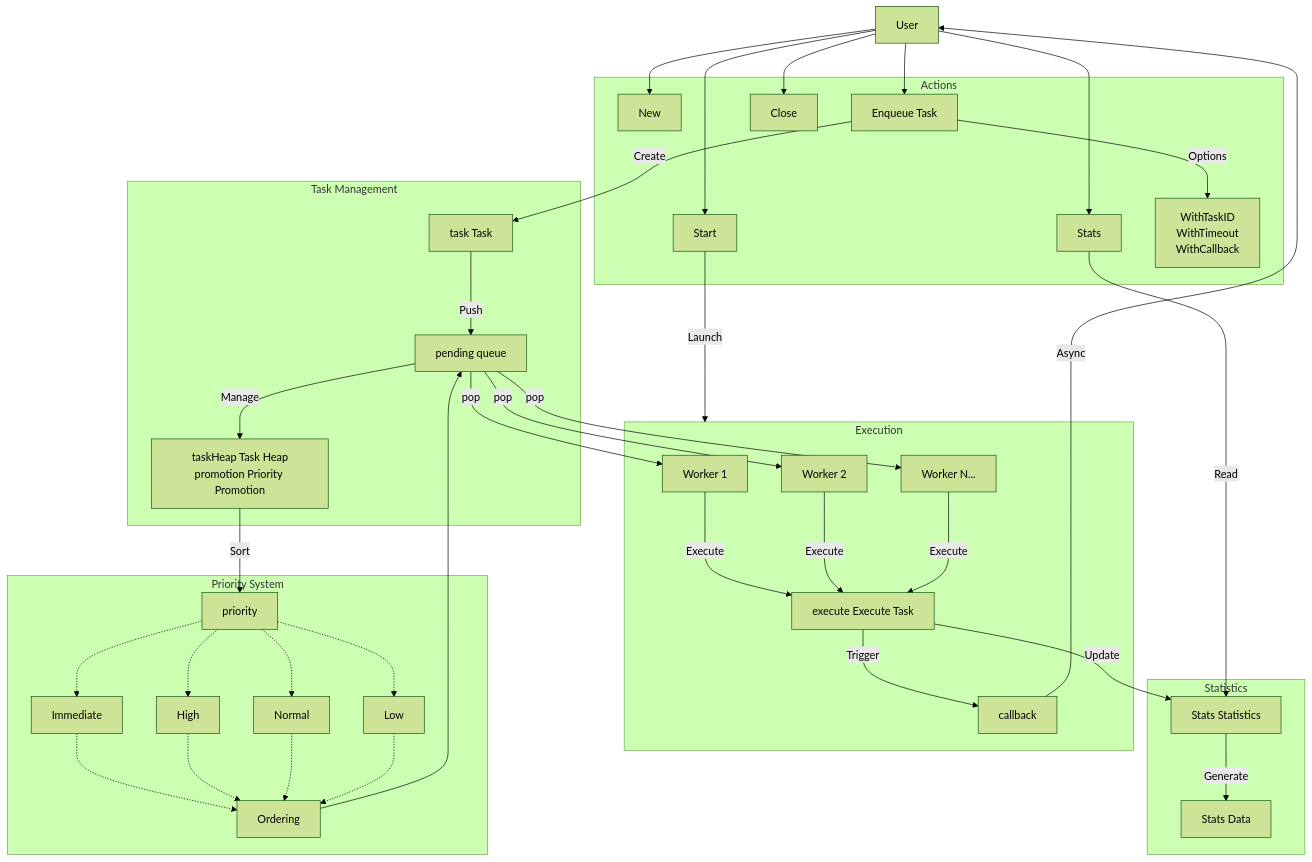
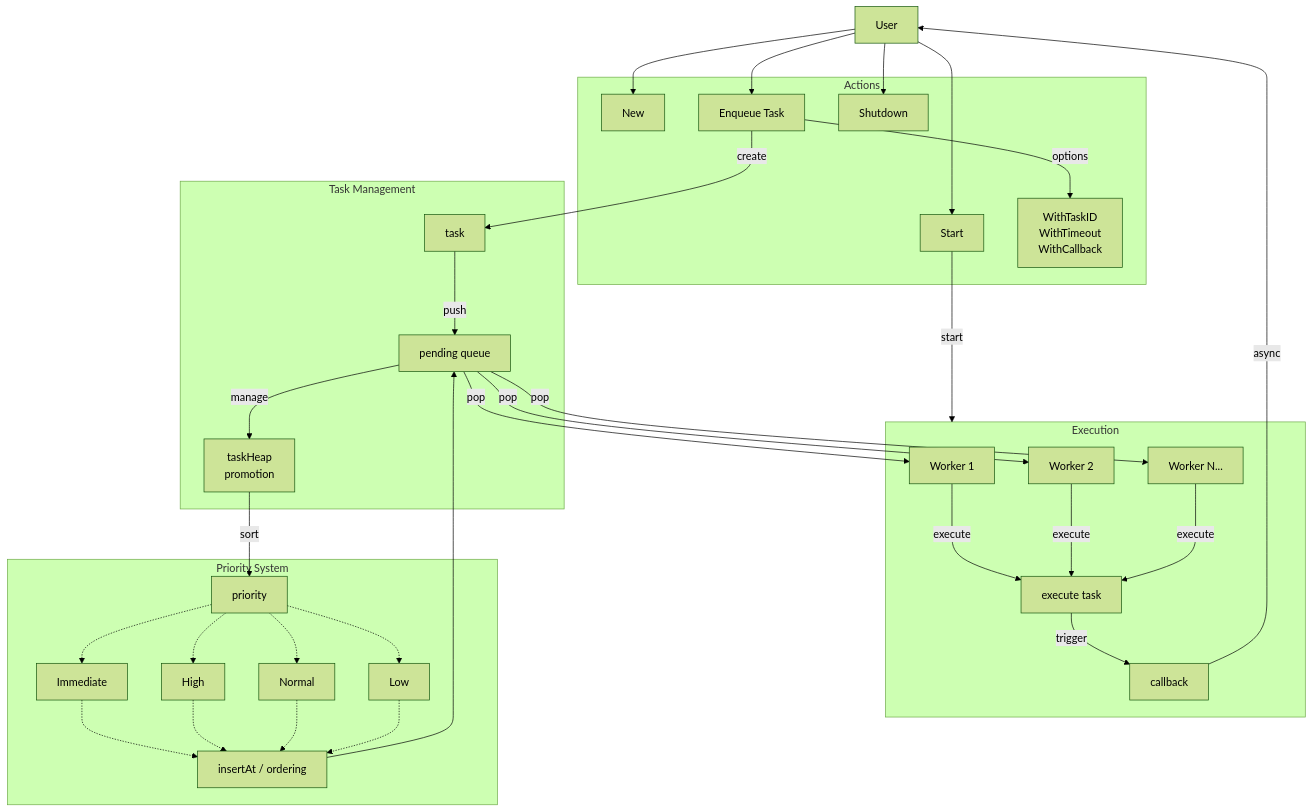
One commit to pardnchiu/go-queue changed the first of 2 diagrams in README.md. Above: the diagram before and after it, drawn with Mermaid (forest theme). The commit also changed other lines of this file and 5 other files, not shown here.

````diff
--- a/README.md
+++ b/README.md
@@ -3,59 +55,52 @@
   User[User]
 
   subgraph "Actions"
-    New[New]
-    Start[Start]
-    Enqueue[Enqueue Task]
-    Close[Close]
-    Stats[Stats]
-    Options[WithTaskID<br>WithTimeout<br>WithCallback]
+  New[New]
+  Start[Start]
+  Enqueue[Enqueue Task]
+  Close[Shutdown]
+  Options[WithTaskID<br>WithTimeout<br>WithCallback]
   end
 
   subgraph "Task Management"
-    Pending[pending queue]
-    TaskHeap[taskHeap Task Heap<br>promotion Priority Promotion]
-    Task[task Task]
+  Pending[pending queue]
+  TaskHeap[taskHeap<br>promotion]
+  Task[task]
   end
 
   subgraph "Execution"
-    Worker1[Worker 1]
-    Worker2[Worker 2]
-    WorkerN[Worker N...]
-    Execute[execute Execute Task]
-    Callback[callback]
+  Worker1[Worker 1]
+  Worker2[Worker 2]
+  WorkerN[Worker N...]
+  Execute[execute task]
+  Callback[callback]
   end
 
   subgraph "Priority System"
-    Priority[priority]
-    Immediate[Immediate]
-    High[High]
-    Normal[Normal]
-    Low[Low]
-    InsertAt[Ordering]
-  end
-
-  subgraph "Statistics"
-    AtomicStats[Stats Statistics]
-    StatsData[Stats Data]
+  Priority[priority]
+  Immediate[Immediate]
+  High[High]
+  Normal[Normal]
+  Low[Low]
+  InsertAt[insertAt / ordering]
   end
 
   User --> New
   User --> Start
   User --> Enqueue
   User --> Close
-  User --> Stats
 
-  Callback --> |Async| User
+  Callback --> |async| User
 
-  Start -->|Launch| Execution
+  Start -->|start| Execution
 
-  Enqueue -->|Options| Options
-  Enqueue -->|Create| Task
-  Task -->|Push| Pending
+  Enqueue -->|options| Options
+  Enqueue -->|create| Task
+  Task -->|push| Pending
   
-  Pending -->|Manage| TaskHeap
+  Pending -->|manage| TaskHeap
   InsertAt --> Pending
-  TaskHeap -->|Sort| Priority
+  TaskHeap -->|sort| Priority
 
   Priority -.-> Immediate
   Priority -.-> High
@@ -71,13 +116,9 @@
   Pending --> |pop| Worker2
   Pending --> |pop| WorkerN
 
-  Worker1 -->|Execute| Execute
-  Worker2 -->|Execute| Execute
-  WorkerN -->|Execute| Execute
+  Worker1 -->|execute| Execute
+  Worker2 -->|execute| Execute
+  WorkerN -->|execute| Execute
 
-  Execute -->|Update| AtomicStats
-  Execute -->|Trigger| Callback
-
-  Stats -->|Read| AtomicStats
-  AtomicStats -->|Generate| StatsData
+  Execute -->|trigger| Callback
 ```
````
